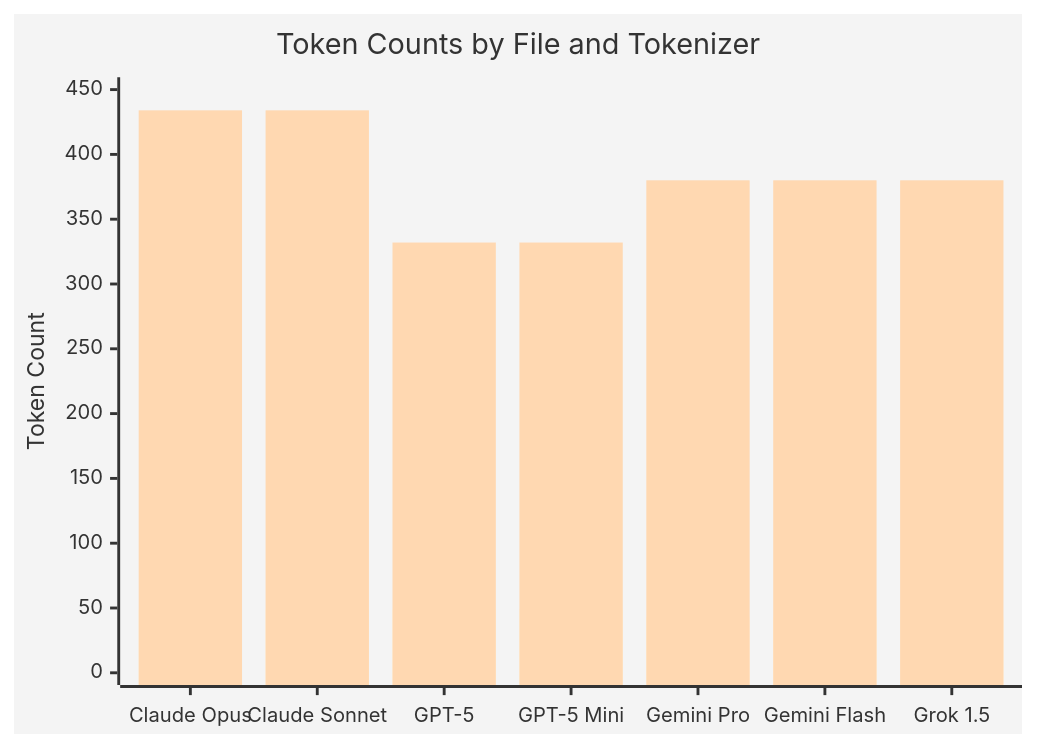
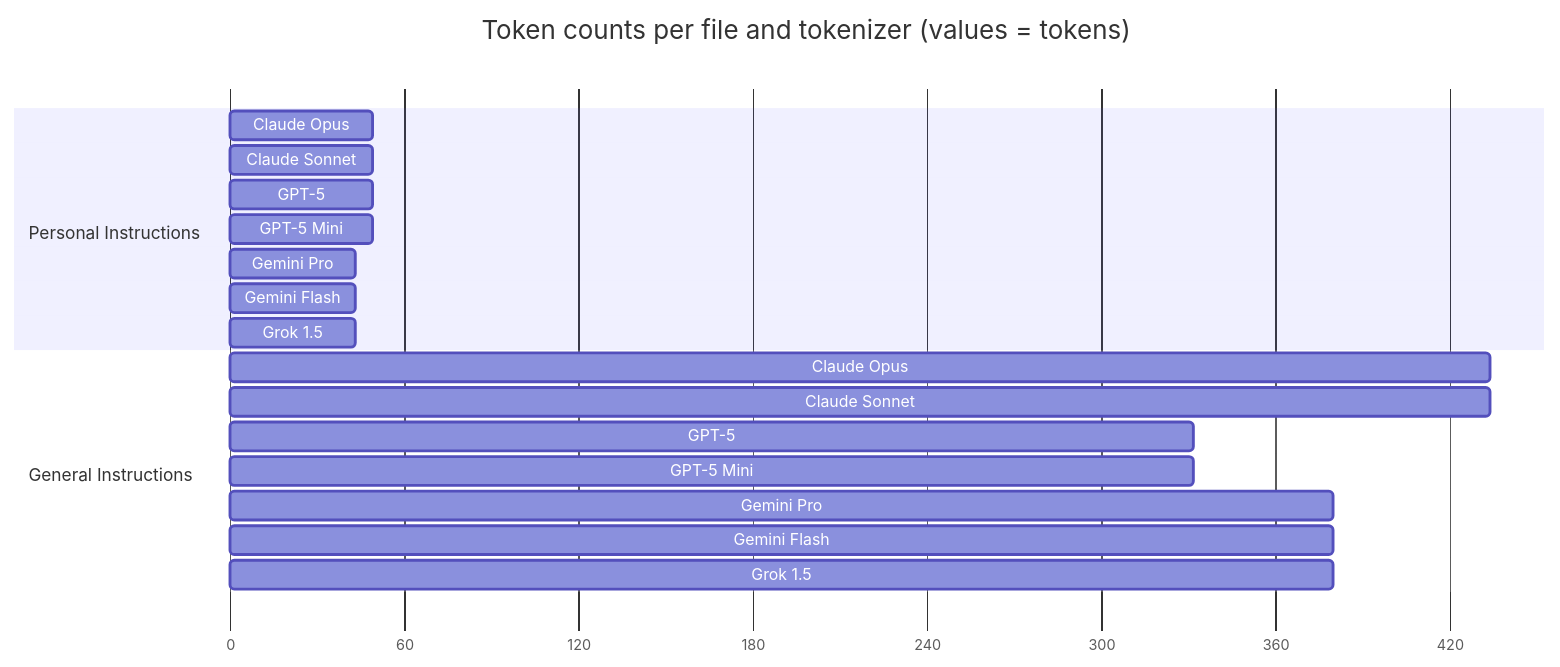
One commit to vodkar/vscode-copilot-prompts changed the diagram in languages/python/README.md. Above: the diagram before and after it, drawn with Mermaid.

Commit message:
Overlap fixes

````diff
--- a/languages/python/README.md
+++ b/languages/python/README.md
@@ -7,9 +7,26 @@
 ```mermaid
-%%{init: {"theme": "base", "themeVariables": {"primaryColor": "#ff6b6b", "primaryTextColor": "#333", "primaryBorderColor": "#ff6b6b", "lineColor": "#333"}}}%%
-xychart-beta
-    title "Token Counts by File and Tokenizer"
-    x-axis ["Claude Opus", "Claude Sonnet", "GPT-5", "GPT-5 Mini", "Gemini Pro", "Gemini Flash", "Grok 1.5"]
-    y-axis "Token Count" 0 --> 450
-    bar [49, 49, 49, 49, 43, 43, 43]
-    bar [434, 434, 332, 332, 380, 380, 380]
+%%{init: {'gantt': {'leftPadding': 150, 'rightPadding': 75, 'topPadding': 75, 'fontSize': 11, 'sectionFontSize': 12}}}%%
+gantt
+    title Token counts per file and tokenizer (values = tokens)
+    dateFormat  X
+    axisFormat  %s
+
+    section Personal Instructions
+    Claude Opus    : 0, 49
+    Claude Sonnet  : 0, 49
+    GPT-5          : 0, 49
+    GPT-5 Mini     : 0, 49
+    Gemini Pro     : 0, 43
+    Gemini Flash   : 0, 43
+    Grok 1.5       : 0, 43
+
+    section General Instructions
+    Claude Opus    : 0, 434
+    Claude Sonnet  : 0, 434
+    GPT-5          : 0, 332
+    GPT-5 Mini     : 0, 332
+    Gemini Pro     : 0, 380
+    Gemini Flash   : 0, 380
+    Grok 1.5       : 0, 380
+
 ```
````
